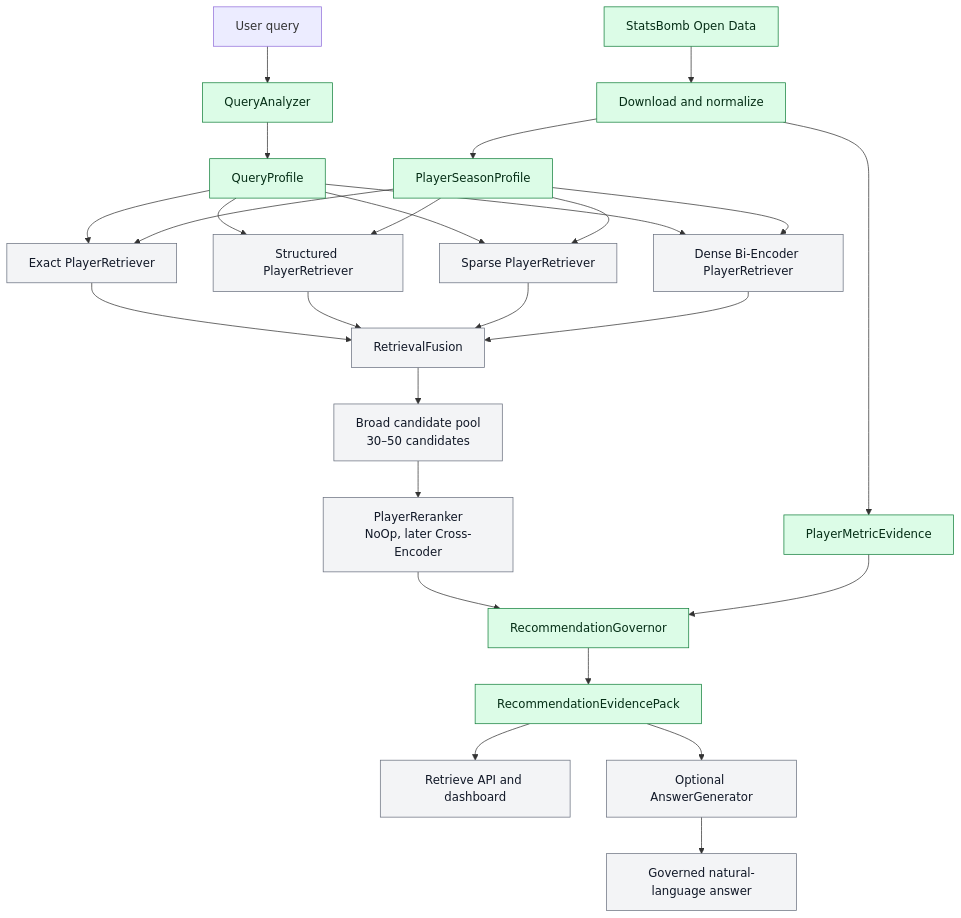
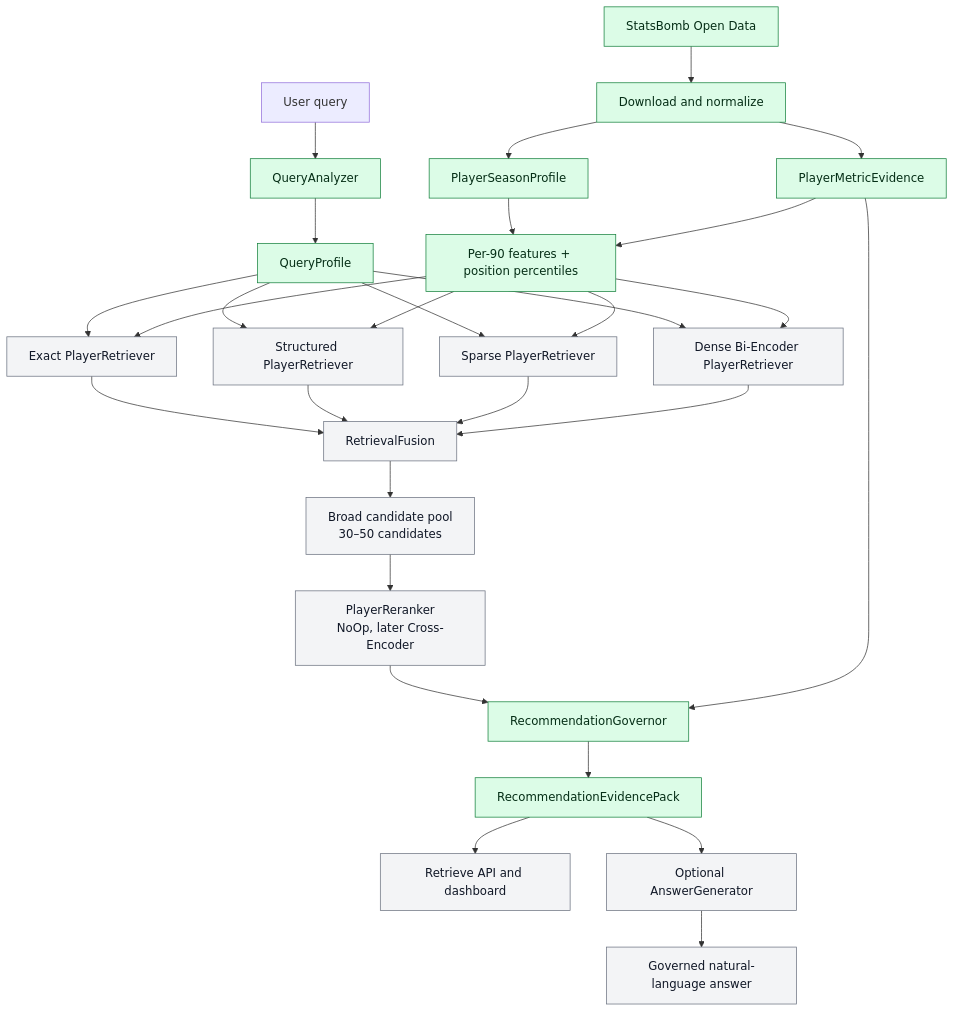
Before and after one commit to simonmang/ScoutRAG: the first of 2 diagrams in README.md, drawn with Mermaid. The commit also changed other lines of this file and 21 other files, not shown here.

````diff
--- a/README.md
+++ b/README.md
@@ -33,38 +33,40 @@
 ```mermaid
 flowchart TD
     SB[StatsBomb Open Data] --> DN[Download and normalize]
     DN --> PS[PlayerSeasonProfile]
     DN --> ME[PlayerMetricEvidence]
+    PS --> FE[Per-90 features + position percentiles]
+    ME --> FE
 
     U[User query] --> QA[QueryAnalyzer]
     QA --> QP[QueryProfile]
 
     QP --> ER[Exact PlayerRetriever]
     QP --> SR[Structured PlayerRetriever]
     QP --> SP[Sparse PlayerRetriever]
     QP --> DR[Dense Bi-Encoder PlayerRetriever]
 
     ER --> F[RetrievalFusion]
     SR --> F
     SP --> F
     DR --> F
 
     F --> CP[Broad candidate pool<br/>30–50 candidates]
     CP --> RR[PlayerReranker<br/>NoOp, later Cross-Encoder]
     RR --> G[RecommendationGovernor]
     G --> EP[RecommendationEvidencePack]
-    PS --> ER
-    PS --> SR
-    PS --> SP
-    PS --> DR
+    FE --> ER
+    FE --> SR
+    FE --> SP
+    FE --> DR
     ME --> G
 
     EP --> API[Retrieve API and dashboard]
     EP --> AG[Optional AnswerGenerator]
     AG --> AA[Governed natural-language answer]
 
     classDef implemented fill:#dcfce7,stroke:#15803d,color:#052e16;
     classDef later fill:#f3f4f6,stroke:#6b7280,color:#111827;
-    class SB,DN,PS,ME,QA,QP,G,EP implemented;
+    class SB,DN,PS,ME,FE,QA,QP,G,EP implemented;
     class ER,SR,SP,DR,F,CP,RR,API,AG,AA later;
 ```
````
